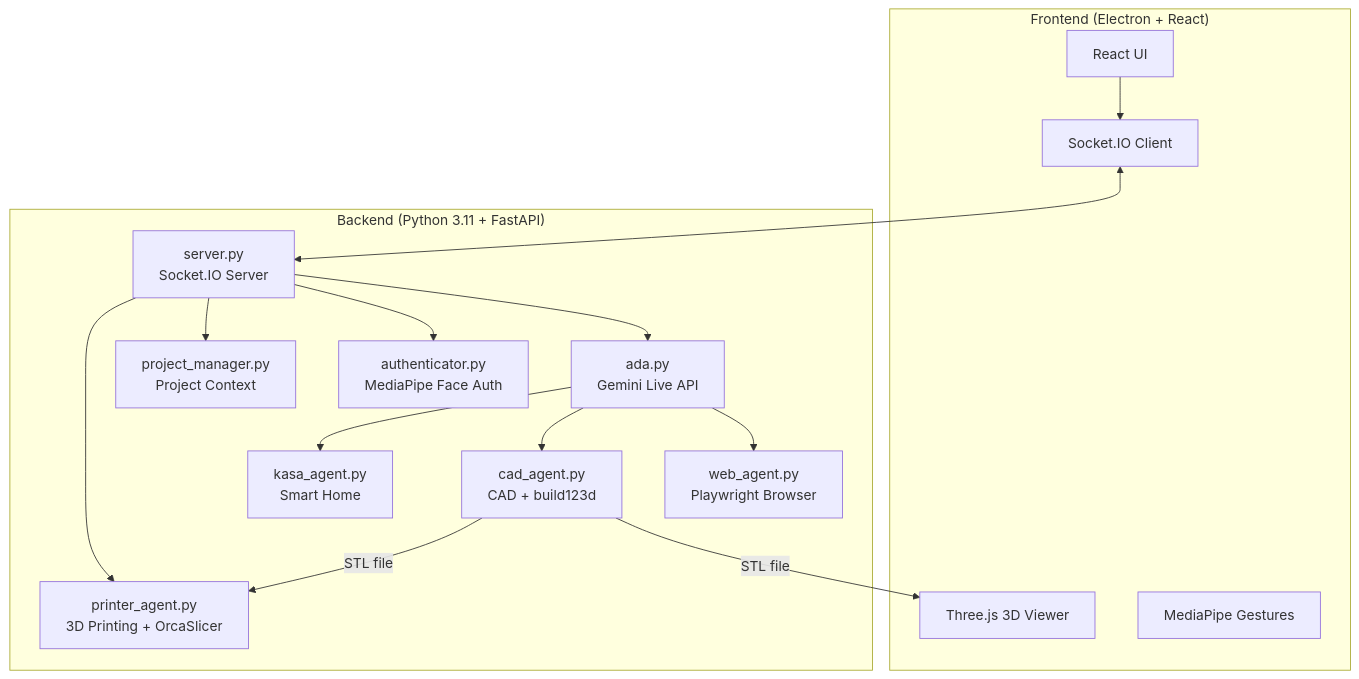
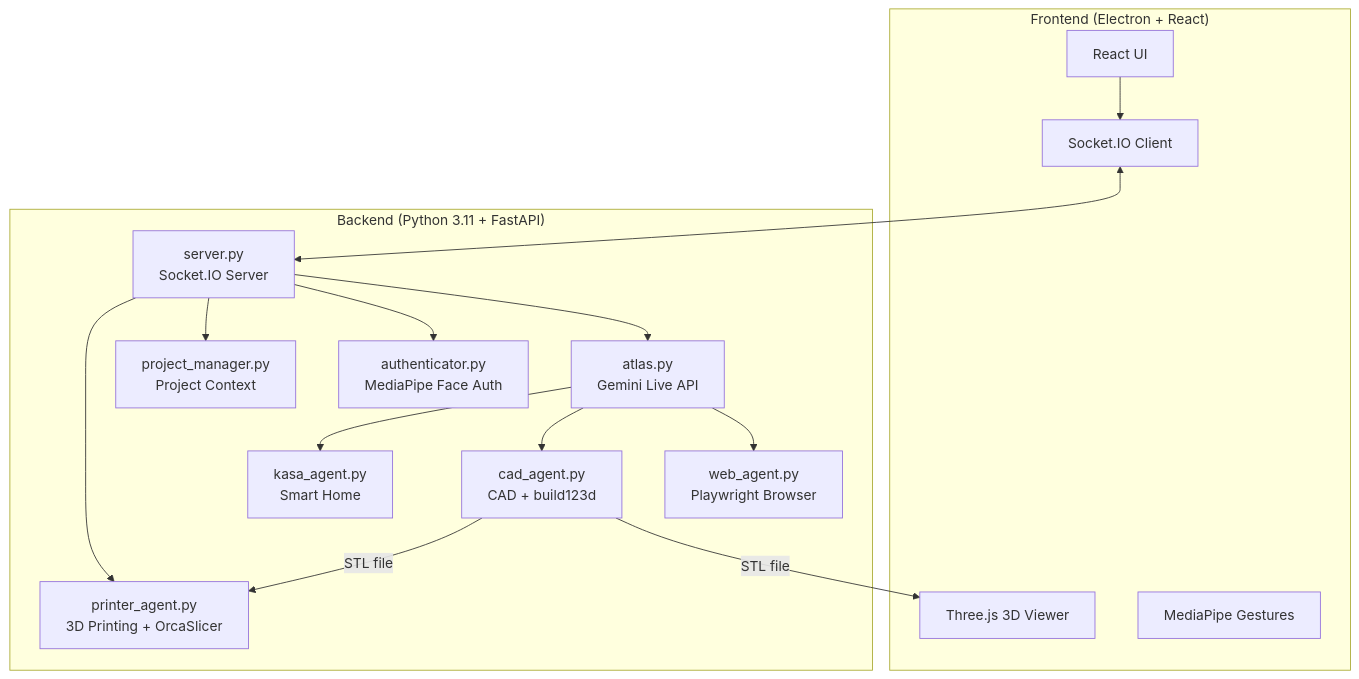
The diagram in README.md (rishinairOG/AEGIS), drawn with Mermaid before and after one commit. The commit also changed other lines of this file and 25 other files, not shown here.

````diff
--- a/README.md
+++ b/README.md
@@ -45,32 +45,32 @@
 ```mermaid
 graph TB
     subgraph Frontend ["Frontend (Electron + React)"]
         UI[React UI]
         THREE[Three.js 3D Viewer]
         GESTURE[MediaPipe Gestures]
         SOCKET_C[Socket.IO Client]
     end
     
     subgraph Backend ["Backend (Python 3.11 + FastAPI)"]
         SERVER[server.py<br/>Socket.IO Server]
-        A.E.G.I.S.[ada.py<br/>Gemini Live API]
+        ATLAS[atlas.py<br/>Gemini Live API]
         WEB[web_agent.py<br/>Playwright Browser]
         CAD[cad_agent.py<br/>CAD + build123d]
         PRINTER[printer_agent.py<br/>3D Printing + OrcaSlicer]
         KASA[kasa_agent.py<br/>Smart Home]
         AUTH[authenticator.py<br/>MediaPipe Face Auth]
         PM[project_manager.py<br/>Project Context]
     end
     
     UI --> SOCKET_C
     SOCKET_C <--> SERVER
-    SERVER --> A.E.G.I.S.
-    A.E.G.I.S. --> WEB
-    A.E.G.I.S. --> CAD
-    A.E.G.I.S. --> KASA
+    SERVER --> ATLAS
+    ATLAS --> WEB
+    ATLAS --> CAD
+    ATLAS --> KASA
     SERVER --> AUTH
     SERVER --> PM
     SERVER --> PRINTER
     CAD -->|STL file| THREE
     CAD -->|STL file| PRINTER
 ```
````
